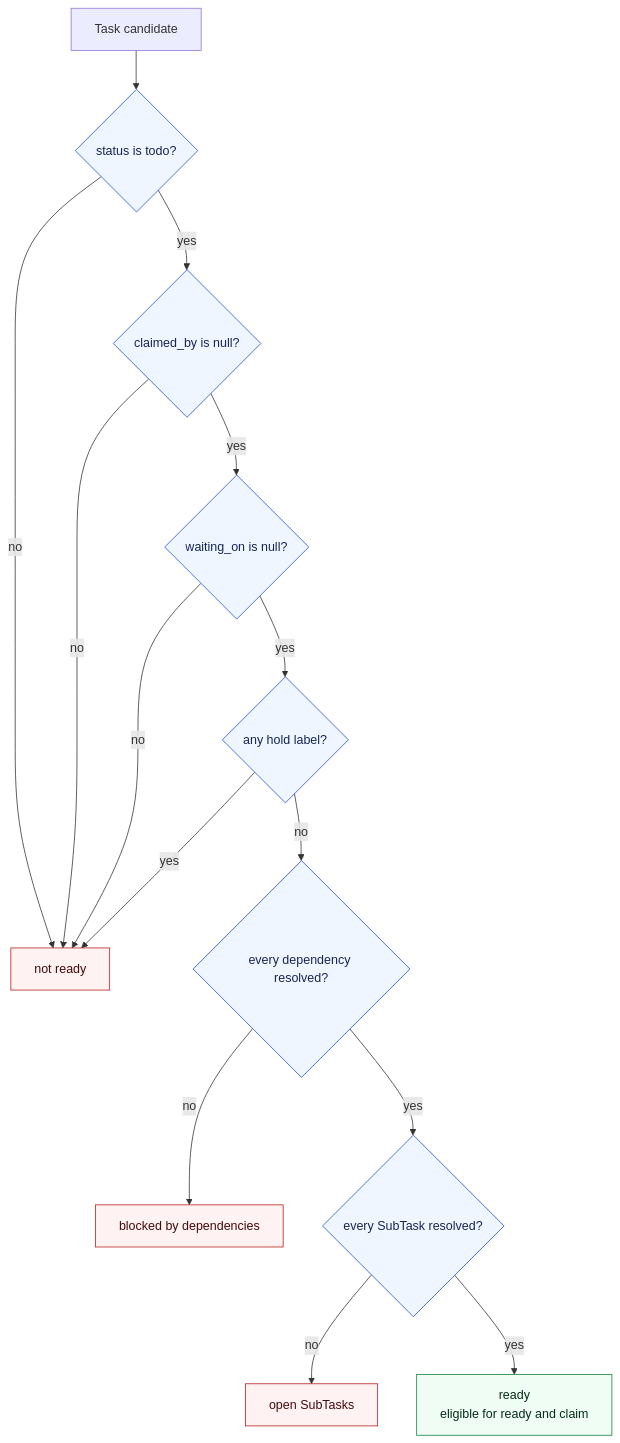
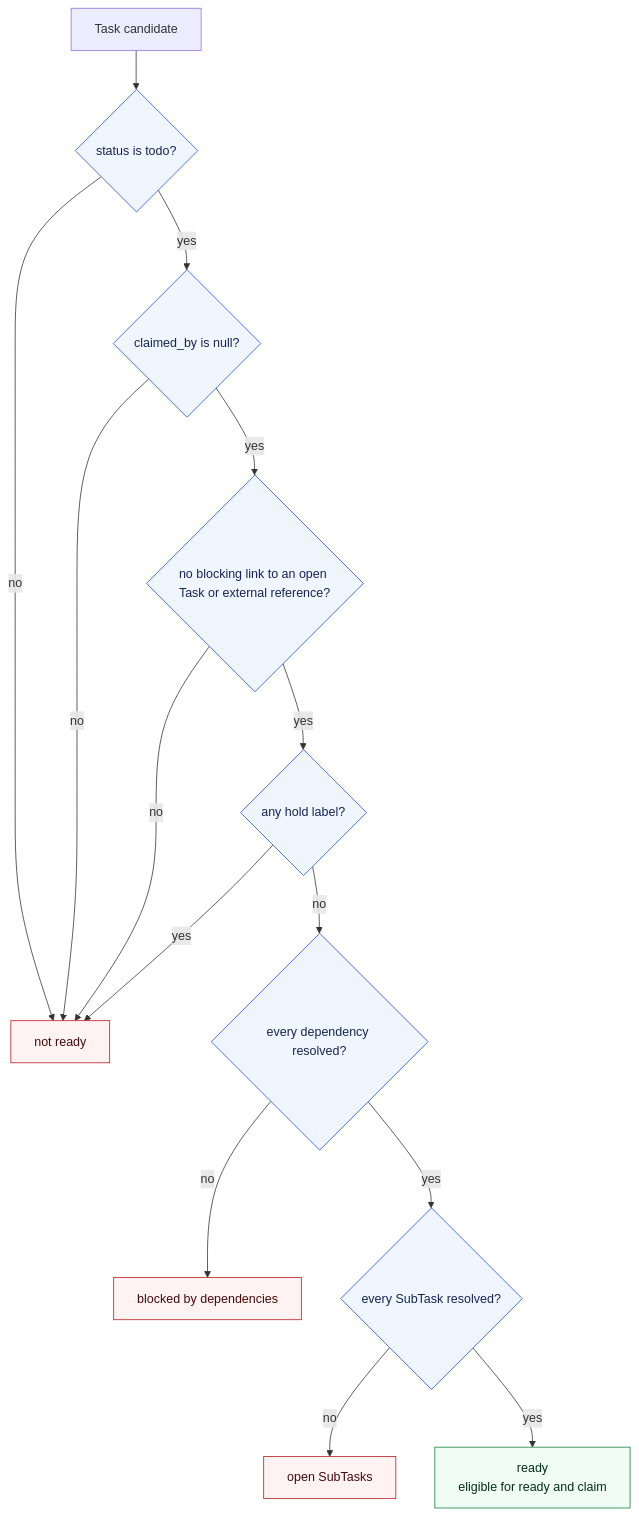
The third of 6 diagrams in README.md (rcmendes/orbit), drawn with Mermaid before and after one commit. The commit also changed other lines of this file and 27 other files, not shown here.

````diff
--- a/README.md
+++ b/README.md
@@ -466,23 +467,23 @@
 ```mermaid
 flowchart TD
     TASK["Task candidate"] --> STATUS{"status is todo?"}
     STATUS -->|no| NOTREADY["not ready"]
     STATUS -->|yes| CLAIMED{"claimed_by is null?"}
     CLAIMED -->|no| NOTREADY
-    CLAIMED -->|yes| WAITING{"waiting_on is null?"}
+    CLAIMED -->|yes| WAITING{"no blocking link to an open Task or external reference?"}
     WAITING -->|no| NOTREADY
     WAITING -->|yes| HELD{"any hold label?"}
     HELD -->|yes| NOTREADY
     HELD -->|no| DEPS{"every dependency resolved?"}
     DEPS -->|no| BLOCKED["blocked by dependencies"]
     DEPS -->|yes| SUBTASKS{"every SubTask resolved?"}
     SUBTASKS -->|no| SUBTASKSOPEN["open SubTasks"]
     SUBTASKS -->|yes| READY["ready<br/>eligible for ready and claim"]
 
     classDef no fill:#fef2f2,stroke:#b91c1c,color:#450a0a
     classDef yes fill:#f0fdf4,stroke:#15803d,color:#052e16
     classDef gate fill:#eff6ff,stroke:#1d4ed8,color:#172554
     class NOTREADY,BLOCKED,SUBTASKSOPEN no
     class READY yes
     class STATUS,CLAIMED,WAITING,HELD,DEPS,SUBTASKS gate
 ```
````
